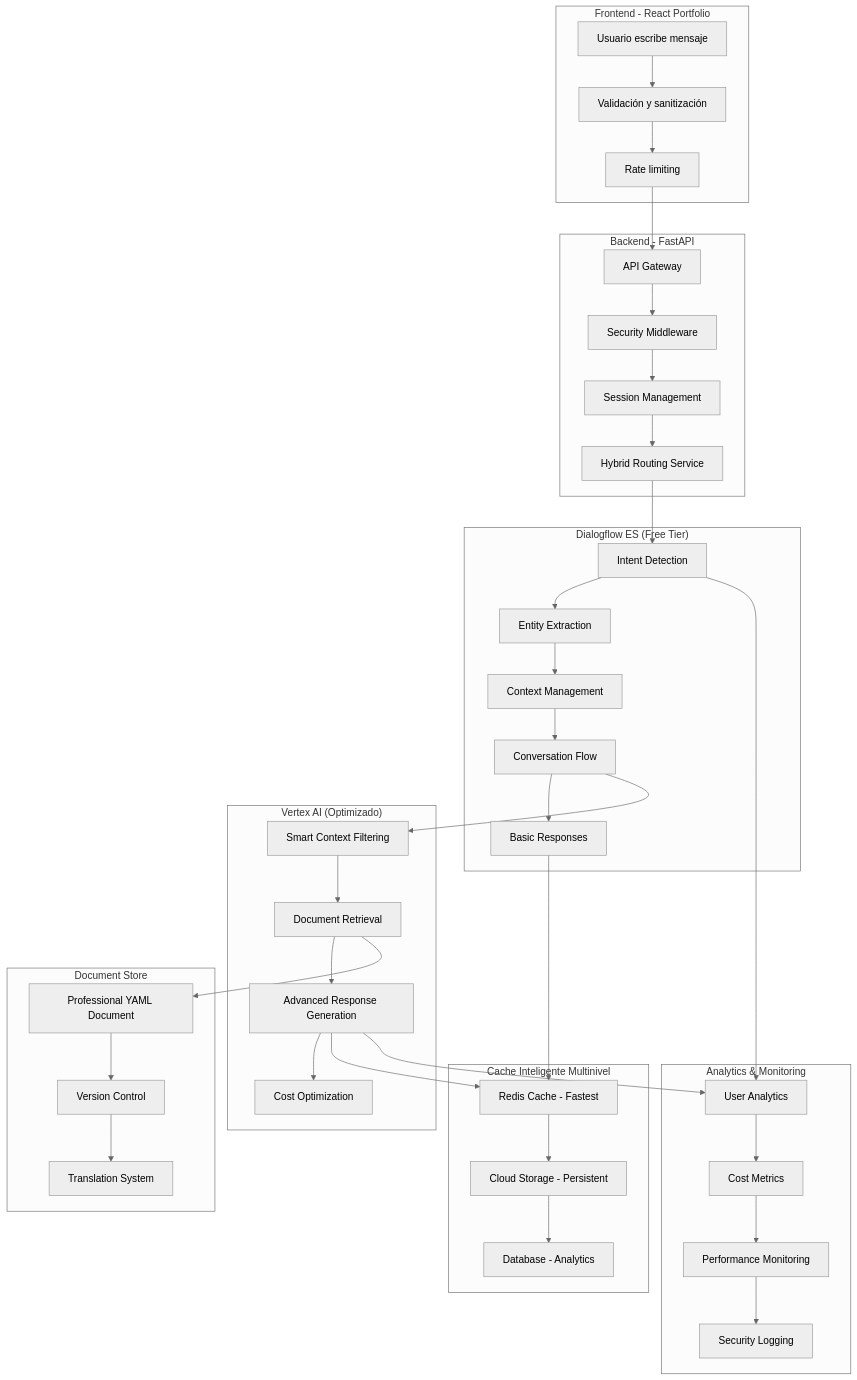
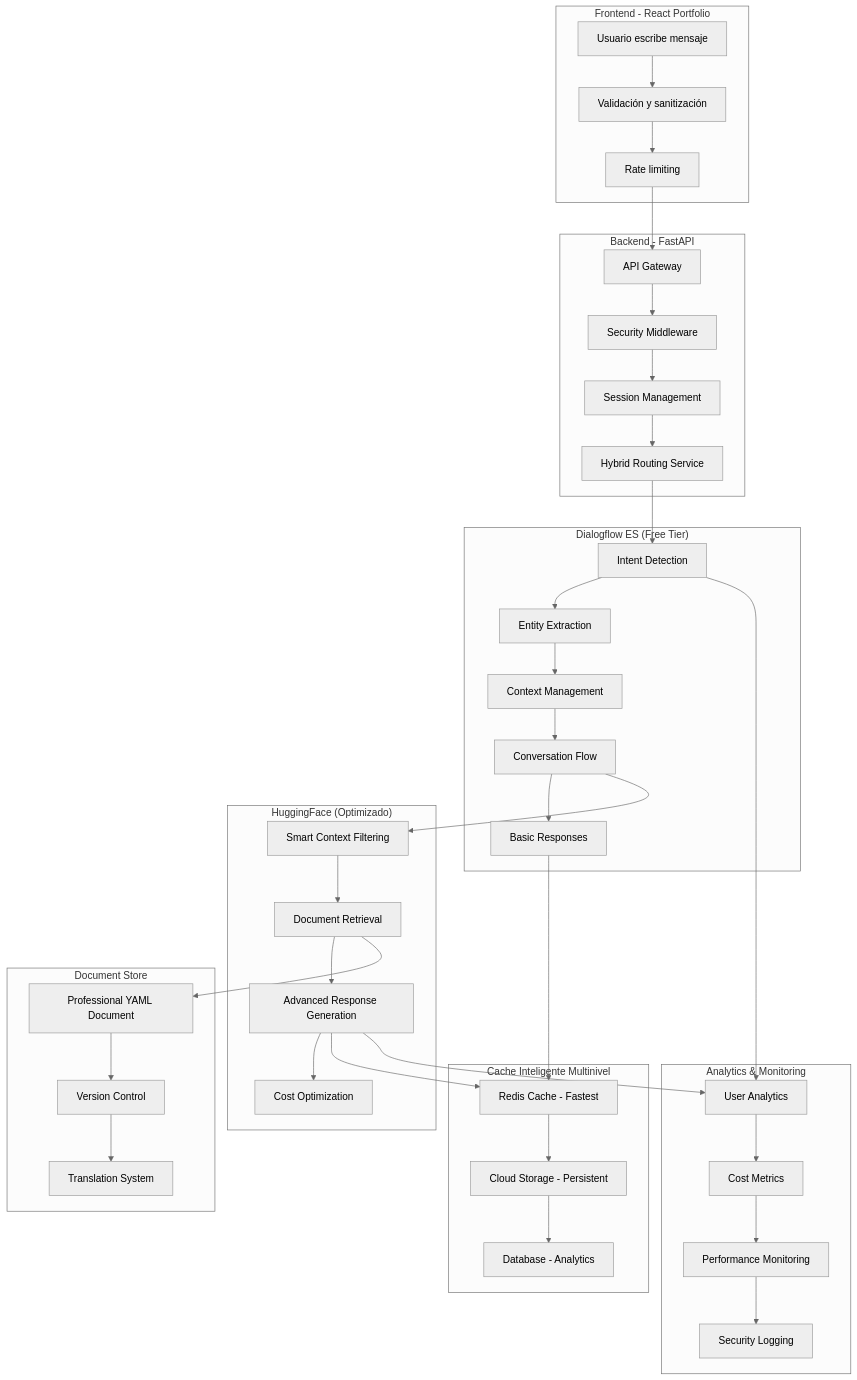
Before and after one commit to aandmaldonado/ai-resume-agent: the first of 11 diagrams in docs/design.md, drawn with Mermaid (neutral theme). The commit also changed other lines of this file and 60 other files, not shown here.

```diff
--- a/docs/design.md
+++ b/docs/design.md
@@ -42,7 +42,7 @@
         L[Basic Responses]
     end
     
-    subgraph "Vertex AI (Optimizado)"
+    subgraph "HuggingFace (Optimizado)"
         M[Smart Context Filtering]
         N[Document Retrieval]
         O[Advanced Response Generation]
```
